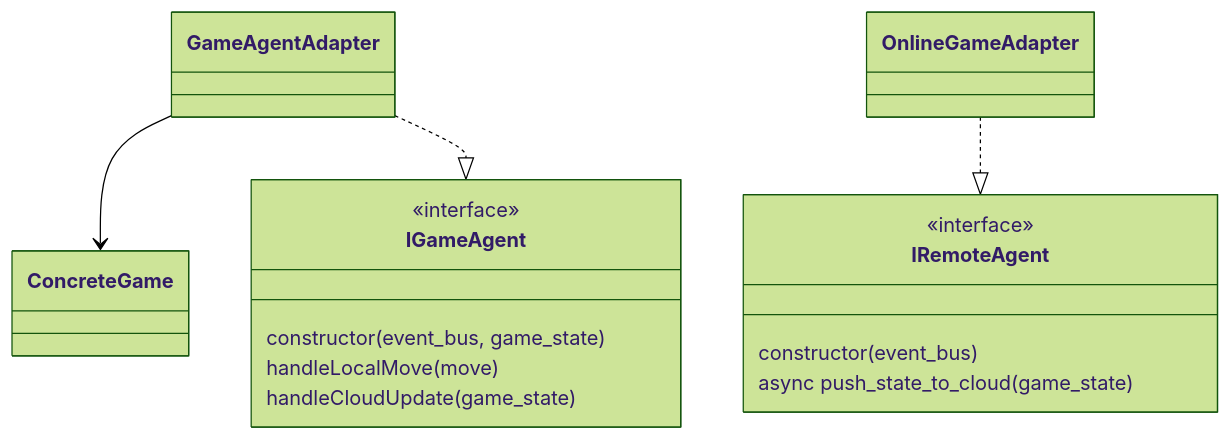
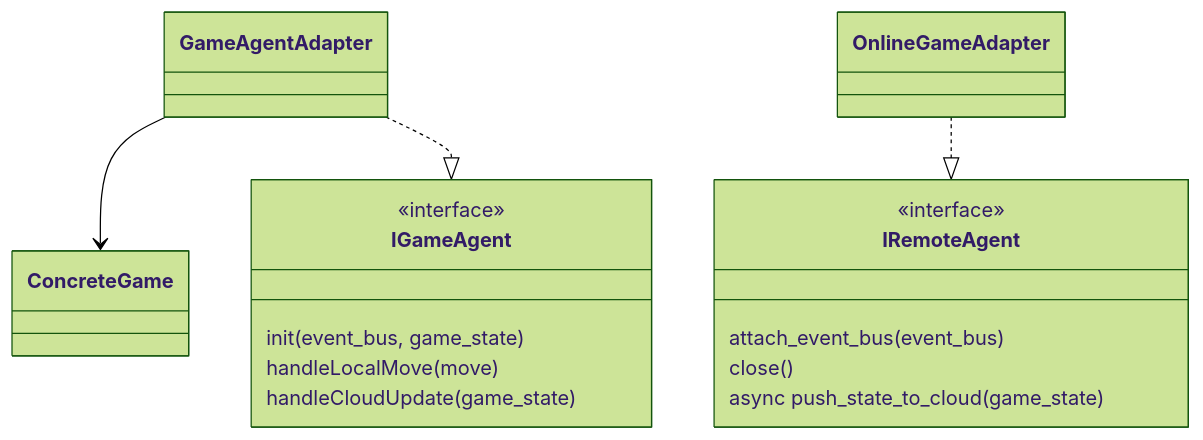
One commit to li6in9muyou/li6in9muyou.github.io changed the eighth of 8 diagrams in _posts/2022-10-03-kingz-mobile-tk2.md. Above: the diagram before and after it, drawn with Mermaid (forest theme).

Commit message:
update interface design

````diff
--- a/_posts/2022-10-03-kingz-mobile-tk2.md
+++ b/_posts/2022-10-03-kingz-mobile-tk2.md
@@ -244,25 +244,26 @@
 ```mermaid
 classDiagram
 
 class ConcreteGame
 class GameAgentAdapter
 
 GameAgentAdapter --> ConcreteGame
 
 class IGameAgent {
 <<interface>>
-constructor(event_bus, game_state)
+init(event_bus, game_state)
 handleLocalMove(move)
 handleCloudUpdate(game_state)
 }
 
 GameAgentAdapter ..|> IGameAgent
 
 OnlineGameAdapter ..|> IRemoteAgent
 
 class IRemoteAgent {
 <<interface>>
-constructor(event_bus)
+attach_event_bus(event_bus)
+close()
 async push_state_to_cloud(game_state)
 }
 ```
````
